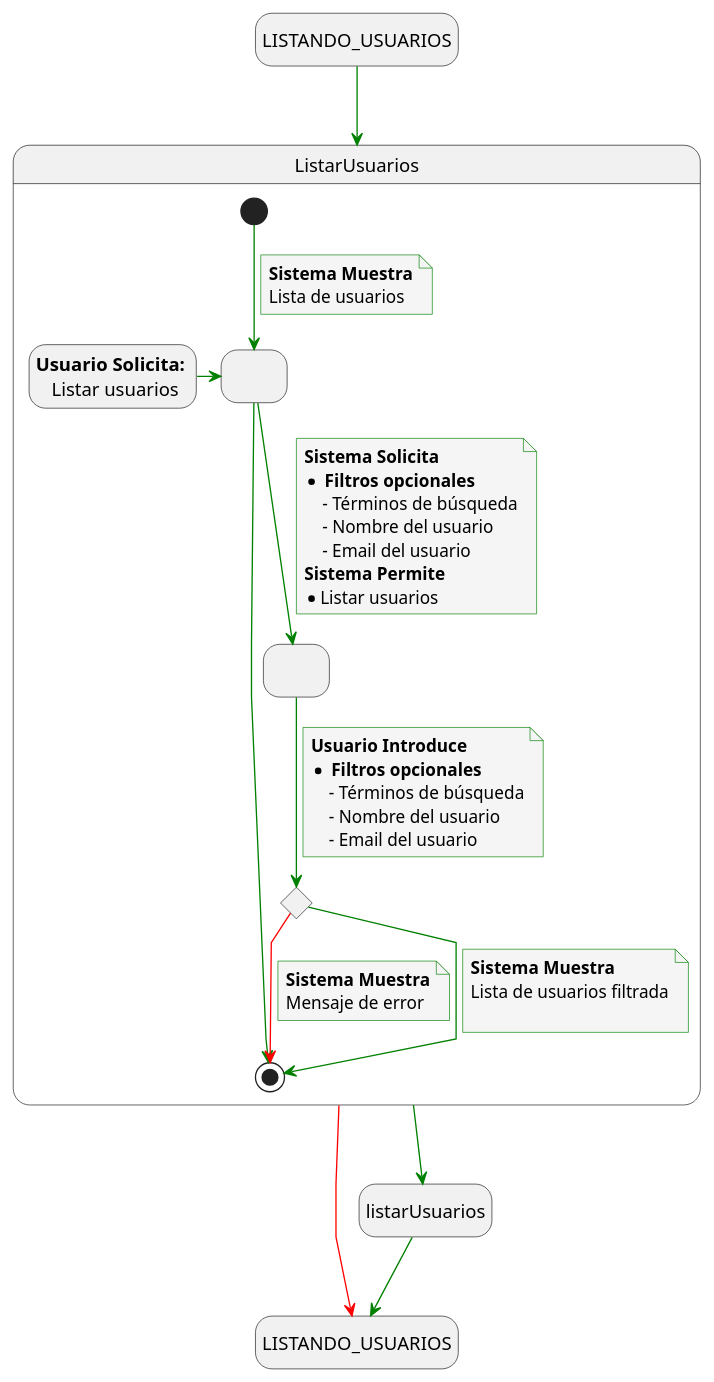
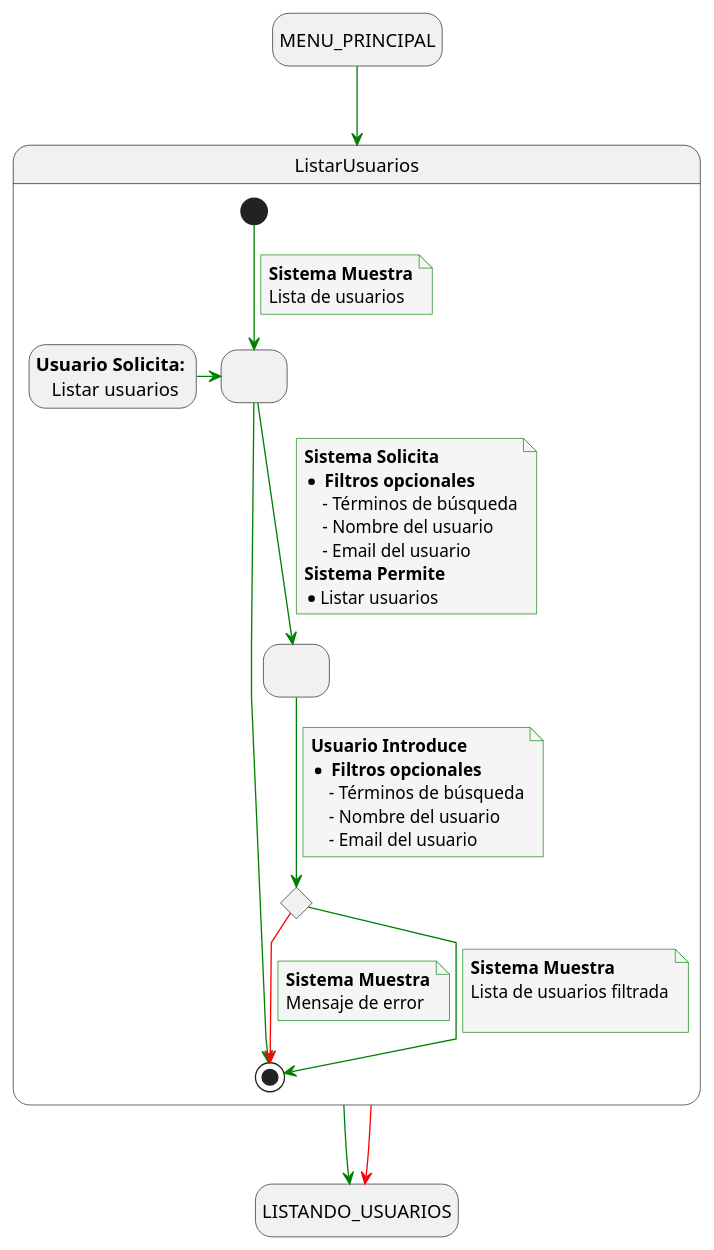
The diagram in docs/casosDeUso/detalladoCasosDeUso/detalladoUsuarios/detalladoListarUsuarios.puml (mmasias/24-25-IdSw1-SDR), drawn with PlantUML before and after one commit. The commit also changed 13 other files, not shown here.

Commit message:
FIX/ actualizar estados iniciales y finales en diagramas de casos de uso

```diff
--- a/docs/casosDeUso/detalladoCasosDeUso/detalladoUsuarios/detalladoListarUsuarios.puml
+++ b/docs/casosDeUso/detalladoCasosDeUso/detalladoUsuarios/detalladoListarUsuarios.puml
@@ -1,70 +1,69 @@
 @startuml listar_usuarios
 skinparam {
     NoteBackgroundColor #whiteSmoke
     ArrowColor #green
     NoteBorderColor #green
     linetype polyline
 }
 
 hide empty description
 
-state startState as "LISTANDO_USUARIOS"
+state startState as "MENU_PRINCIPAL"
 state endState as "LISTANDO_USUARIOS"
 
 startState --> ListarUsuarios
 
-ListarUsuarios --> listarUsuarios
-listarUsuarios --> endState
+ListarUsuarios --> endState
 
 ListarUsuarios -[#red]-> endState
 
 state ListarUsuarios {
     state solicitudFiltros as " "
     state envioFiltros as " "
     state revisionFiltrosEnviados <<choice>>
     state usuarioSolicita as "<b>Usuario Solicita:</b> \n Listar usuarios"
 
     usuarioSolicita -> solicitudFiltros
     [*] --> solicitudFiltros
     note on link
         <b>Sistema Muestra</b>
         Lista de usuarios
     end note
 
     solicitudFiltros -r-> [*]
     
 
     solicitudFiltros --> envioFiltros
     note on link
         <b>Sistema Solicita</b>
         * <b> Filtros opcionales </b>
             - Términos de búsqueda
             - Nombre del usuario
             - Email del usuario
         <b>Sistema Permite</b>
         * Listar usuarios
     end note
 
     envioFiltros --> revisionFiltrosEnviados
     note on link
         <b>Usuario Introduce</b>
         * <b> Filtros opcionales </b>
             - Términos de búsqueda
             - Nombre del usuario
             - Email del usuario
     end note
 
     revisionFiltrosEnviados -[#red]-> [*]
     note on link
         <b>Sistema Muestra</b>
         Mensaje de error
     end note
 
     revisionFiltrosEnviados --> [*]
     note on link
         <b>Sistema Muestra</b>
         Lista de usuarios filtrada
 
     end note
 }
 @enduml
```
